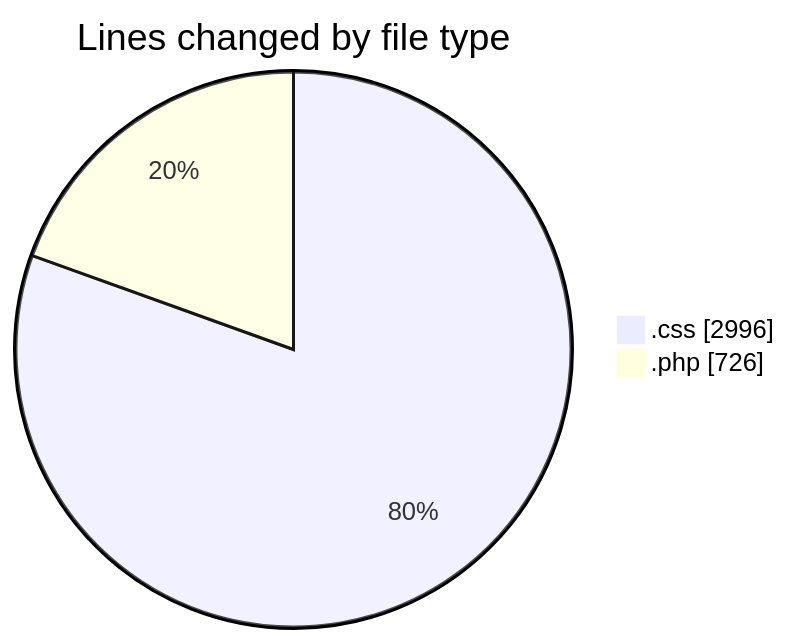
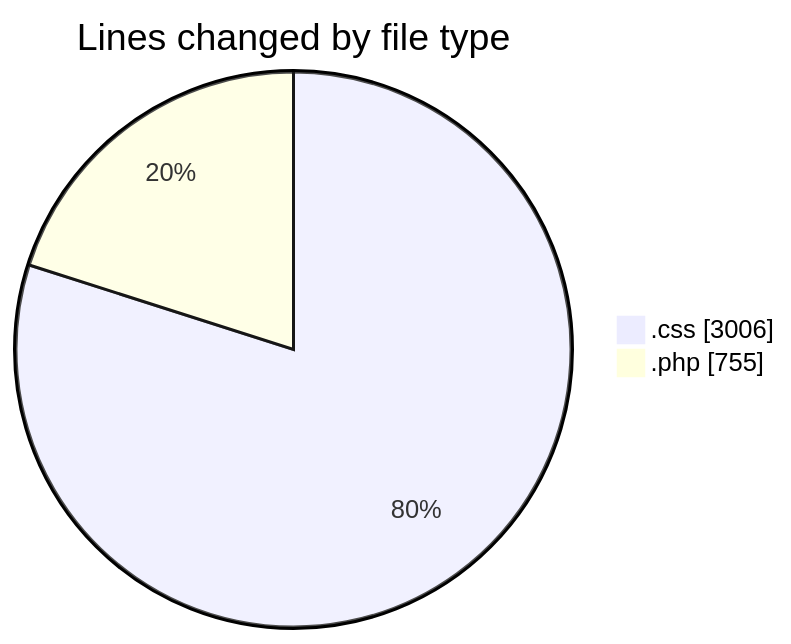
Before and after one commit to debugP/code-tracking: the first of 2 diagrams in 2026-10-13/untitled__workspace_/README.md, drawn with Mermaid. The commit also changed other lines of this file and 1 other file, not shown here.

````diff
--- a/2026-10-13/untitled__workspace_/README.md
+++ b/2026-10-13/untitled__workspace_/README.md
@@ -21,6 +21,6 @@
 ```mermaid
 pie showData
 title Lines changed by file type
-".css" : 2996
-".php" : 726
+".css" : 3006
+".php" : 755
 ```
````
